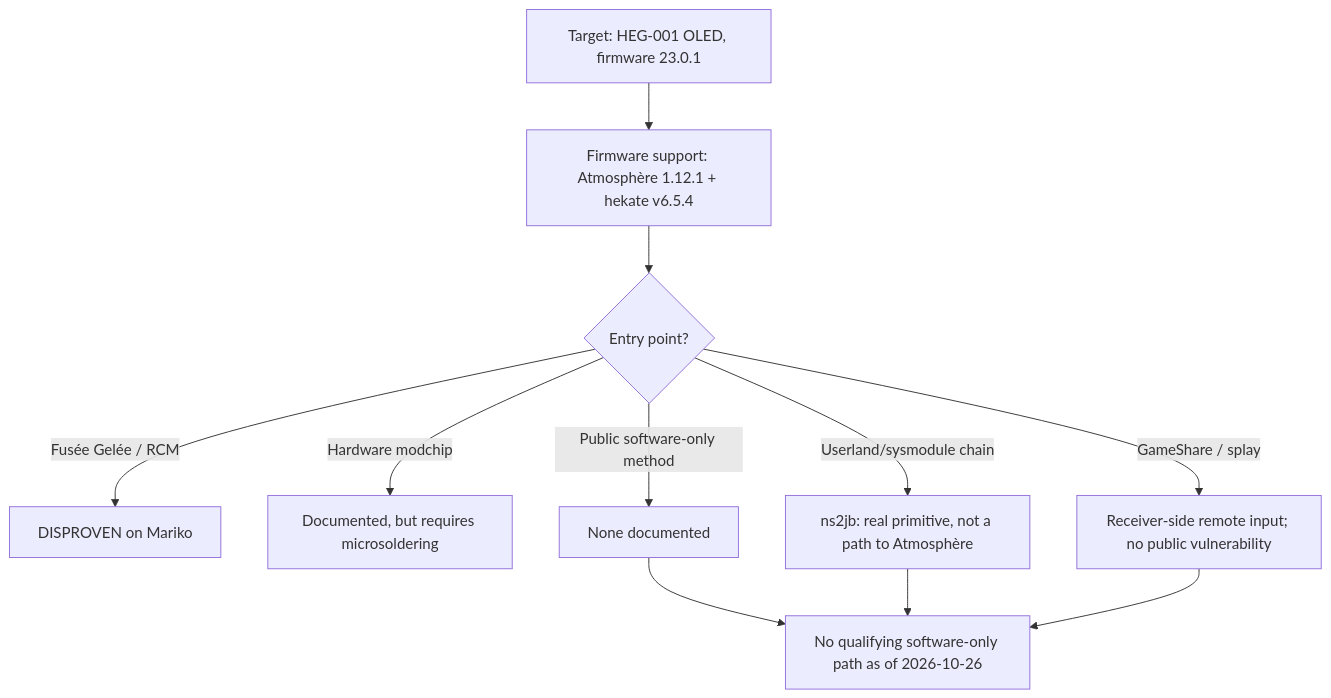
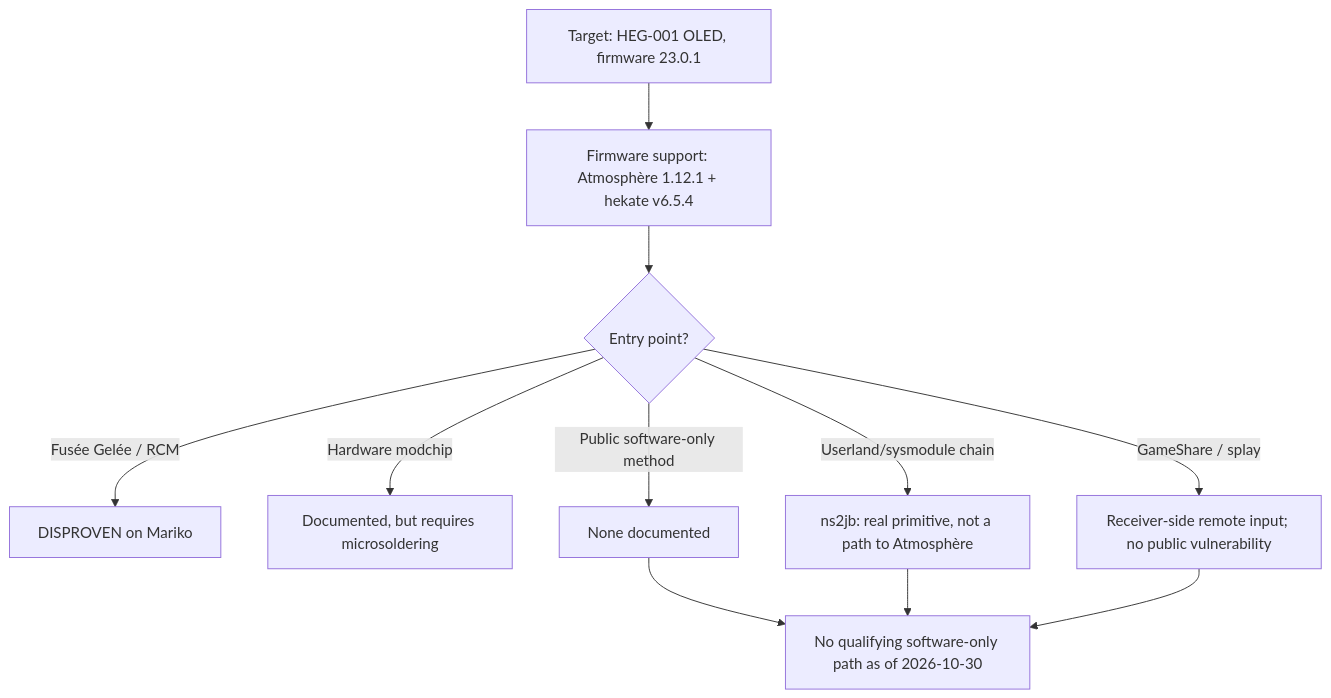
The diagram in README.md (Tirexisso1010o/TX10LED), drawn with Mermaid before and after one commit. The commit also changed other lines of this file and 10 other files, not shown here.

````diff
--- a/README.md
+++ b/README.md
@@ -27,13 +29,13 @@
 ```mermaid
 flowchart TD
     A["Target: HEG-001 OLED, firmware 23.0.1"] --> B["Firmware support: Atmosphère 1.12.1 + hekate v6.5.4"]
     B --> C{"Entry point?"}
     C -->|"Fusée Gelée / RCM"| D["DISPROVEN on Mariko"]
     C -->|"Hardware modchip"| E["Documented, but requires microsoldering"]
     C -->|"Public software-only method"| F["None documented"]
     C -->|"Userland/sysmodule chain"| G["ns2jb: real primitive, not a path to Atmosphère"]
     C -->|"GameShare / splay"| I["Receiver-side remote input; no public vulnerability"]
-    F --> H["No qualifying software-only path as of 2026-10-26"]
+    F --> H["No qualifying software-only path as of 2026-10-30"]
     G --> H
     I --> H
 ```
````
